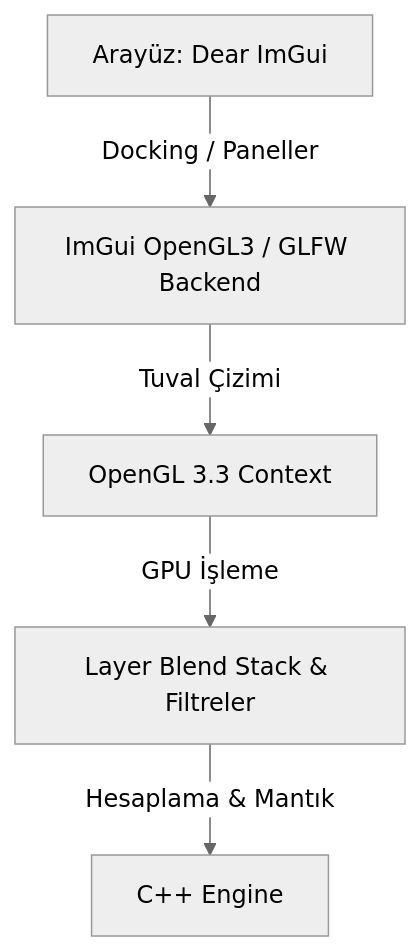
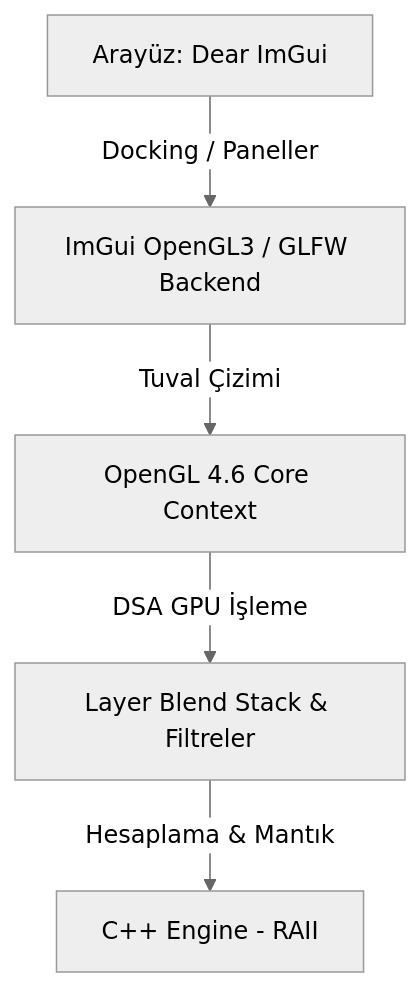
The diagram in README.md (inkbytefo/graphite-studio), drawn with Mermaid (neutral theme) before and after one commit. The commit also changed other lines of this file and 44 other files, not shown here.

````diff
--- a/README.md
+++ b/README.md
@@ -25,7 +28,7 @@
 ```mermaid
 graph TD
     A[Arayüz: Dear ImGui] -->|Docking / Paneller| B[ImGui OpenGL3 / GLFW Backend]
-    B -->|Tuval Çizimi| C[OpenGL 3.3 Context]
-    C -->|GPU İşleme| D[Layer Blend Stack & Filtreler]
-    D -->|Hesaplama & Mantık| E[C++ Engine]
+    B -->|Tuval Çizimi| C[OpenGL 4.6 Core Context]
+    C -->|DSA GPU İşleme| D[Layer Blend Stack & Filtreler]
+    D -->|Hesaplama & Mantık| E[C++ Engine - RAII]
 ```
````
